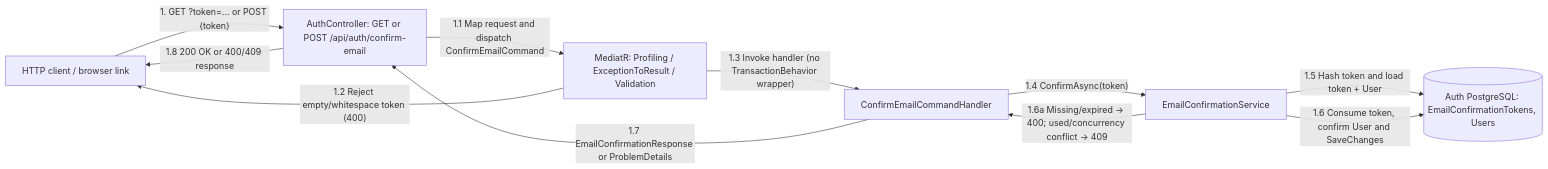
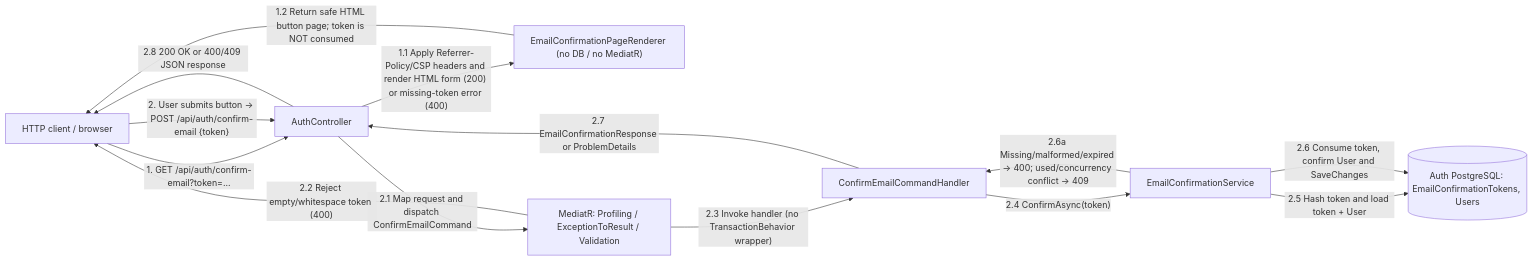
Before and after one commit to bogdan-spilevoi/ASET-master-year-1: the third of 7 diagrams in src/Services/Auth/COMMUNICATION.md, drawn with Mermaid. The commit also changed other lines of this file and 8 other files, not shown here.

Commit message:
docs: update docs and communication diagrams for Outbox email worker and safe confirmation page

````diff
--- a/src/Services/Auth/COMMUNICATION.md
+++ b/src/Services/Auth/COMMUNICATION.md
@@ -57,20 +79,24 @@
 ```mermaid
 flowchart LR
-    Client["HTTP client / browser link"]
-    API["AuthController: GET or POST /api/auth/confirm-email"]
+    Client["HTTP client / browser"]
+    API["AuthController"]
+    Renderer["EmailConfirmationPageRenderer (no DB / no MediatR)"]
     Pipeline["MediatR: Profiling / ExceptionToResult / Validation"]
     Handler["ConfirmEmailCommandHandler"]
     ConfirmSvc["EmailConfirmationService"]
     DB[("Auth PostgreSQL: EmailConfirmationTokens, Users")]
 
-    Client -->|"1. GET ?token=... or POST {token}"| API
-    API -->|"1.1 Map request and dispatch ConfirmEmailCommand"| Pipeline
-    Pipeline -->|"1.2 Reject empty/whitespace token (400)"| Client
-    Pipeline -->|"1.3 Invoke handler (no TransactionBehavior wrapper)"| Handler
-    Handler -->|"1.4 ConfirmAsync(token)"| ConfirmSvc
-    ConfirmSvc -->|"1.5 Hash token and load token + User"| DB
-    ConfirmSvc -->|"1.6 Consume token, confirm User and SaveChanges"| DB
-    ConfirmSvc -->|"1.6a Missing/expired -> 400; used/concurrency conflict -> 409"| Handler
-    Handler -->|"1.7 EmailConfirmationResponse or ProblemDetails"| API
-    API -->|"1.8 200 OK or 400/409 response"| Client
+    Client -->|"1. GET /api/auth/confirm-email?token=..."| API
+    API -->|"1.1 Apply Referrer-Policy/CSP headers and render HTML form (200) or missing-token error (400)"| Renderer
+    Renderer -->|"1.2 Return safe HTML button page; token is NOT consumed"| Client
+    Client -->|"2. User submits button -> POST /api/auth/confirm-email {token}"| API
+    API -->|"2.1 Map request and dispatch ConfirmEmailCommand"| Pipeline
+    Pipeline -->|"2.2 Reject empty/whitespace token (400)"| Client
+    Pipeline -->|"2.3 Invoke handler (no TransactionBehavior wrapper)"| Handler
+    Handler -->|"2.4 ConfirmAsync(token)"| ConfirmSvc
+    ConfirmSvc -->|"2.5 Hash token and load token + User"| DB
+    ConfirmSvc -->|"2.6 Consume token, confirm User and SaveChanges"| DB
+    ConfirmSvc -->|"2.6a Missing/malformed/expired -> 400; used/concurrency conflict -> 409"| Handler
+    Handler -->|"2.7 EmailConfirmationResponse or ProblemDetails"| API
+    API -->|"2.8 200 OK or 400/409 JSON response"| Client
 ```
````
